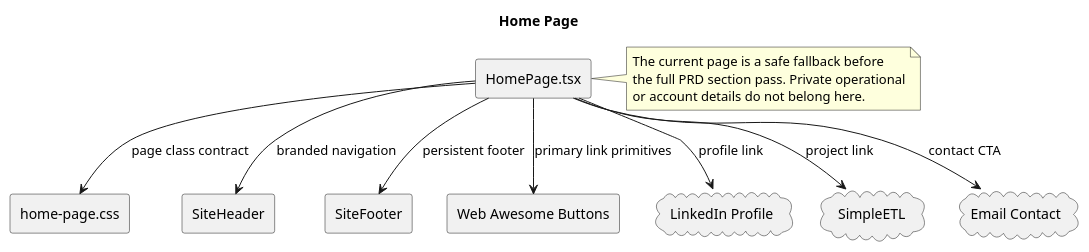
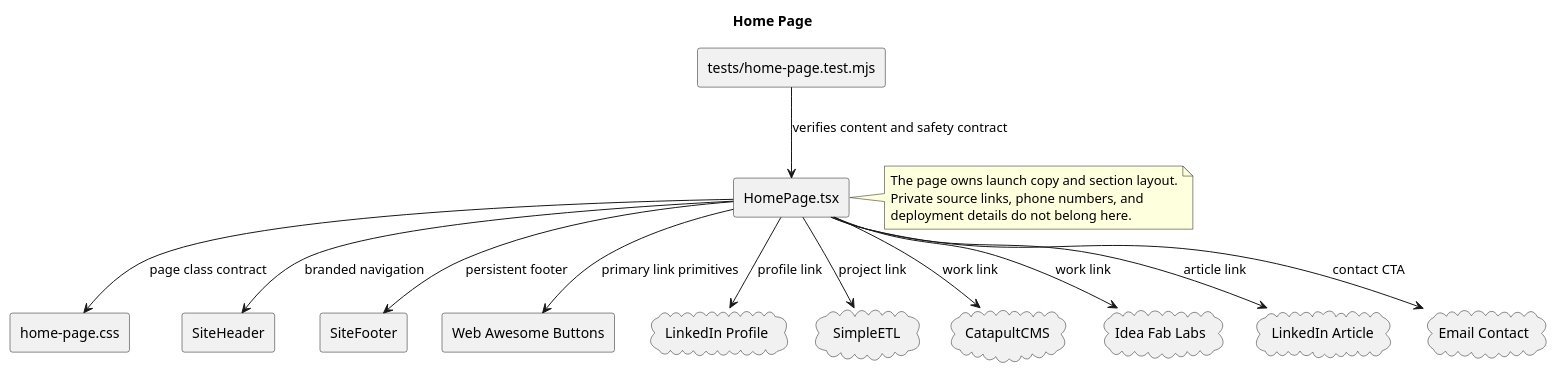
One commit to bonecutter-hierophant/Bonecutters changed the diagram in client/src/pages/home/home-page.puml. Above: the diagram before and after it, drawn with PlantUML. The commit also changed 20 other files, not shown here.

Commit message:
Implement launch homepage content

```diff
--- a/client/src/pages/home/home-page.puml
+++ b/client/src/pages/home/home-page.puml
@@ -1,28 +1,36 @@
 @startuml
 title Home Page
 skinparam componentStyle rectangle
 
 component "HomePage.tsx" as HomePage
 component "home-page.css" as Styles
+component "tests/home-page.test.mjs" as Tests
 component "SiteHeader" as SiteHeader
 component "SiteFooter" as SiteFooter
 component "Web Awesome Buttons" as WebAwesomeButtons
 cloud "LinkedIn Profile" as LinkedIn
 cloud "SimpleETL" as SimpleETL
+cloud "CatapultCMS" as CatapultCMS
+cloud "Idea Fab Labs" as IdeaFabLabs
+cloud "LinkedIn Article" as Writing
 cloud "Email Contact" as Email
 
 HomePage --> Styles : page class contract
 HomePage --> SiteHeader : branded navigation
 HomePage --> SiteFooter : persistent footer
 HomePage --> WebAwesomeButtons : primary link primitives
 HomePage --> LinkedIn : profile link
 HomePage --> SimpleETL : project link
+HomePage --> CatapultCMS : work link
+HomePage --> IdeaFabLabs : work link
+HomePage --> Writing : article link
 HomePage --> Email : contact CTA
+Tests --> HomePage : verifies content and safety contract
 
 note right of HomePage
-The current page is a safe fallback before
-the full PRD section pass. Private operational
-or account details do not belong here.
+The page owns launch copy and section layout.
+Private source links, phone numbers, and
+deployment details do not belong here.
 end note
 
 @enduml
```
